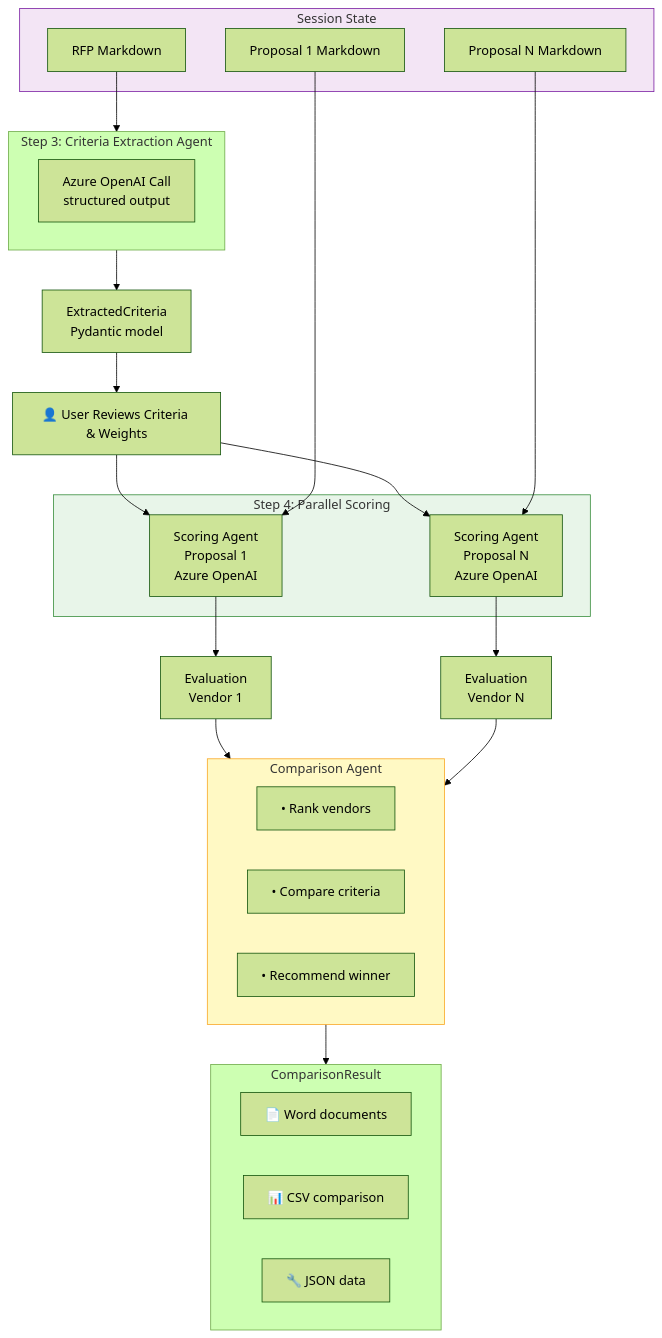
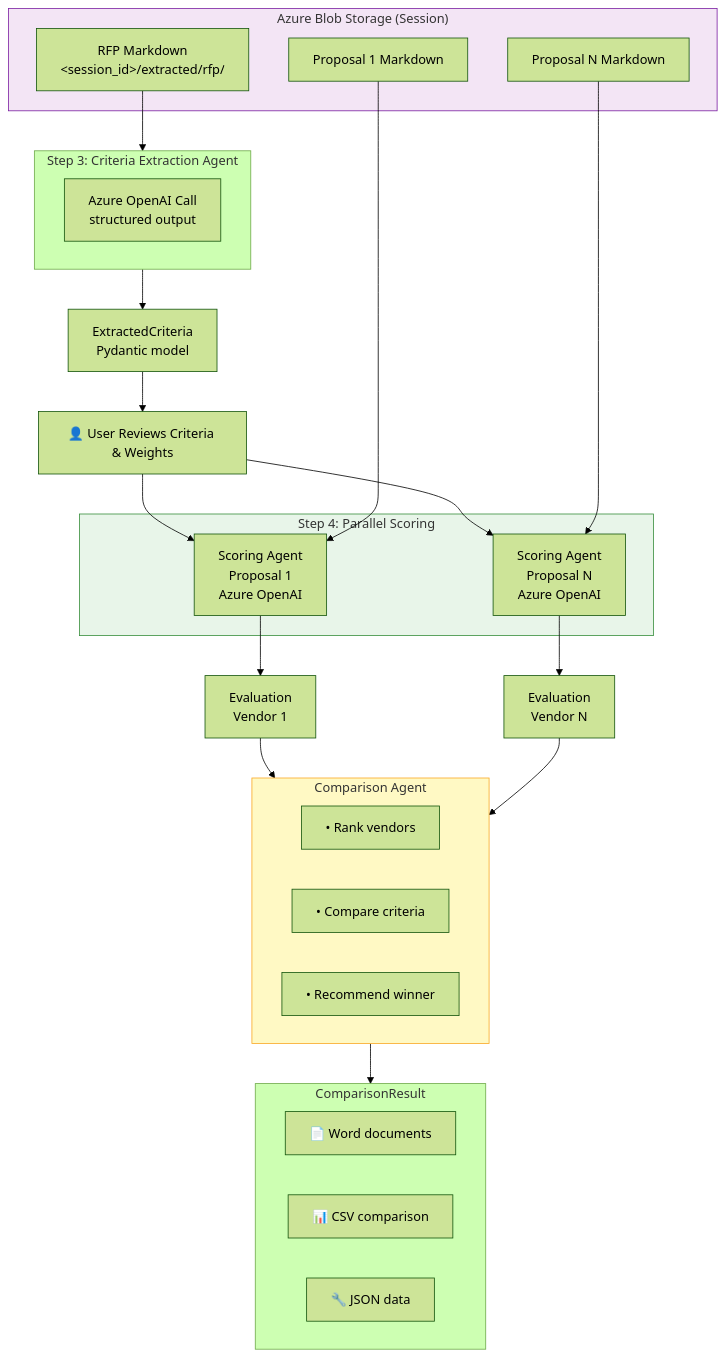
Before and after one commit to amgdy/rfp-analyzer: diagram 12 of 25 in docs/ARCHITECTURE.md, drawn with Mermaid (forest theme). The commit also changed other lines of this file and 2 other files, not shown here.

First line of the commit message:
fix: address code review feedback - session ID persistence and blob loading logic

````diff
--- a/docs/ARCHITECTURE.md
+++ b/docs/ARCHITECTURE.md
@@ -487,49 +496,49 @@
 ```mermaid
 flowchart TB
-    subgraph Session["Session State"]
-        RFP["RFP Markdown"]
+    subgraph Session["Azure Blob Storage (Session)"]
+        RFP["RFP Markdown<br>&lt;session_id&gt;/extracted/rfp/"]
         P1["Proposal 1 Markdown"]
         PN["Proposal N Markdown"]
     end
     
     RFP --> CEA
     
     subgraph CEA["Step 3: Criteria Extraction Agent"]
         CEA1["Azure OpenAI Call<br>structured output"]
     end
     
     CEA --> EC["ExtractedCriteria<br>Pydantic model"]
     
     EC --> Review["👤 User Reviews Criteria &amp; Weights"]
     Review --> SA1 & SAN
     P1 --> SA1
     PN --> SAN
     
     subgraph Scoring["Step 4: Parallel Scoring"]
         SA1["Scoring Agent<br>Proposal 1<br>Azure OpenAI"]
         SAN["Scoring Agent<br>Proposal N<br>Azure OpenAI"]
     end
     
     SA1 --> EV1["Evaluation<br>Vendor 1"]
     SAN --> EVN["Evaluation<br>Vendor N"]
     
     EV1 & EVN --> CA
     
     subgraph CA["Comparison Agent"]
         CA1["• Rank vendors"]
         CA2["• Compare criteria"]
         CA3["• Recommend winner"]
     end
     
     CA --> CR
     
     subgraph CR["ComparisonResult"]
         CR1["📄 Word documents"]
         CR2["📊 CSV comparison"]
         CR3["🔧 JSON data"]
     end
     
     style Session fill:#f3e5f5,stroke:#7b1fa2
     style Scoring fill:#e8f5e9,stroke:#388e3c
     style CA fill:#fff9c4,stroke:#f9a825
 ```
````
